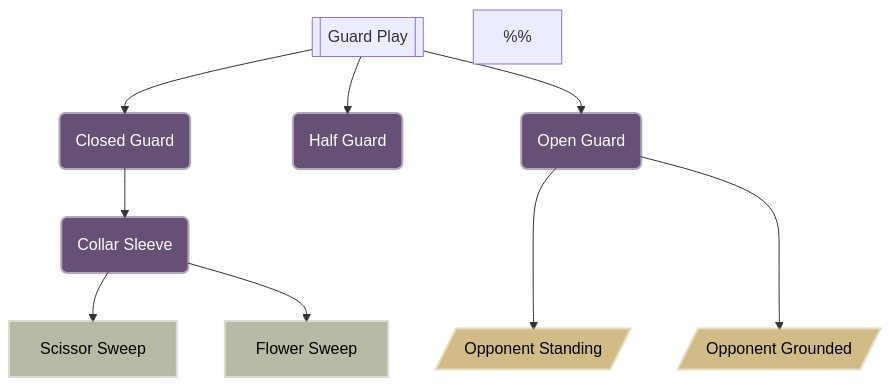
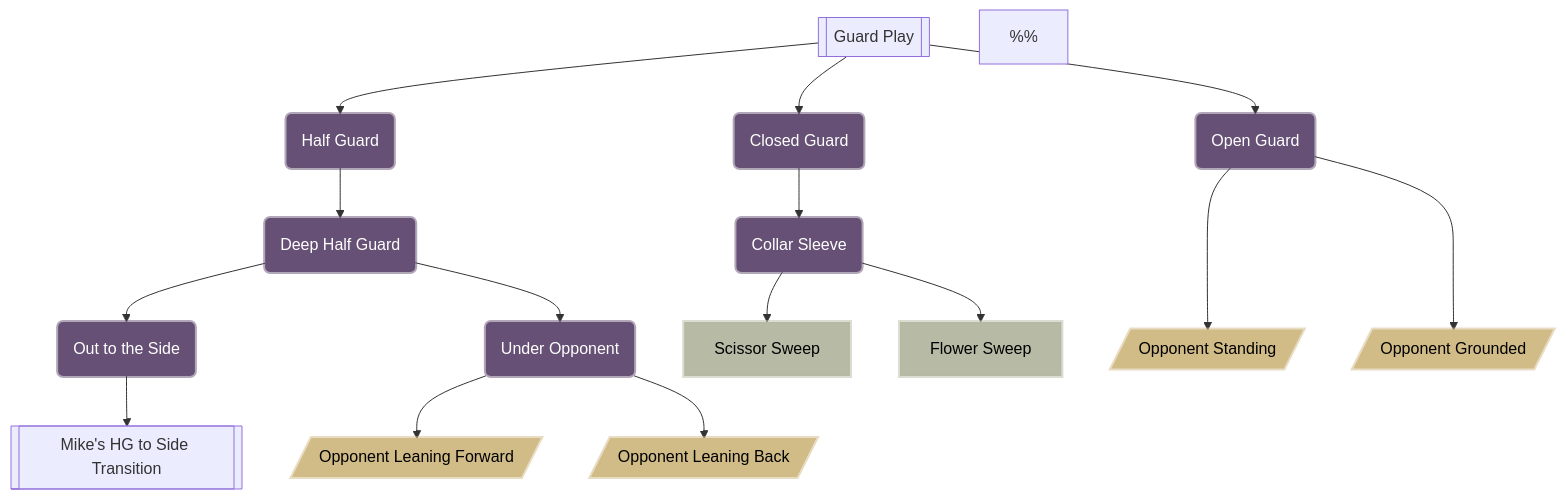
The diagram in bottom-game.md (frankcalise/bjj-flows), drawn with Mermaid before and after one commit.

Commit message:
chore: more bottom game

````diff
--- a/bottom-game.md
+++ b/bottom-game.md
@@ -3,47 +3,52 @@
 ```mermaid
   flowchart TD;
       A[[Guard Play]]--> CG & HG & OG;
 
       %% BEGIN Half Guard
       %%
 
-      HG(Half Guard):::_position;
+      HG(Half Guard):::_position--> DHG;
+      DHG(Deep Half Guard):::_position--> DHGS & DHGU;
+      DHGS(Out to the Side):::_position--> OTS[[Mike's HG to Side Transition]];
+      DHGU(Under Opponent):::_position--> U1 & U2;
+      U1[/Opponent Leaning Forward/]:::_oppo;
+      U2[/Opponent Leaning Back/]:::_oppo;
 
       %%
       %% END Half Guard
 
       %% BEGIN Closed Guard
       %%
 
       CG(Closed Guard):::_position--> D1;
       D1(Collar Sleeve):::_position--> E1 & E2;
       E1[Scissor Sweep]:::_sweep;
       E2[Flower Sweep]:::_sweep;
 
 
       %%
       %% END Closed Guard
 
       %% BEGIN Open Guard
       %%
 
       OG(Open Guard):::_position---> C1 & C2;
       C1[/Opponent Standing/]:::_oppo;
       C2[/Opponent Grounded/]:::_oppo;
 
       %%
       %% END Open Guard
 
       %%D[Sweep]:::_sweep;
       %%E[Takedown]:::_takedown;
       %%F[Pass]:::_pass;
       %%G[Submission]:::_submission;
 
       classDef _oppo fill:#D1BC88,color:#000,stroke:#D1BC8880,stroke-width:4px
       classDef _sweep fill:#B7BAA5,color:#000,stroke:#B7BAA580,stroke-width:4px
       classDef _takedown fill:#829D96,color:#000,stroke:#829D9680,stroke-width:4px
       classDef _submission fill:#CC776E,color:#000,stroke:#CC776E80,stroke-width:4px
       classDef _position fill:#665075,color:#FFF,stroke:#66507580,stroke-width:4px
       classDef _system fill:#FFFFFF,color:#000,stroke:#FFFFFF80,stroke-width:4px
       classDef _pass fill:#FFFFFF,color:#000,stroke:#00000080,stroke-width:4px
 ```
````
